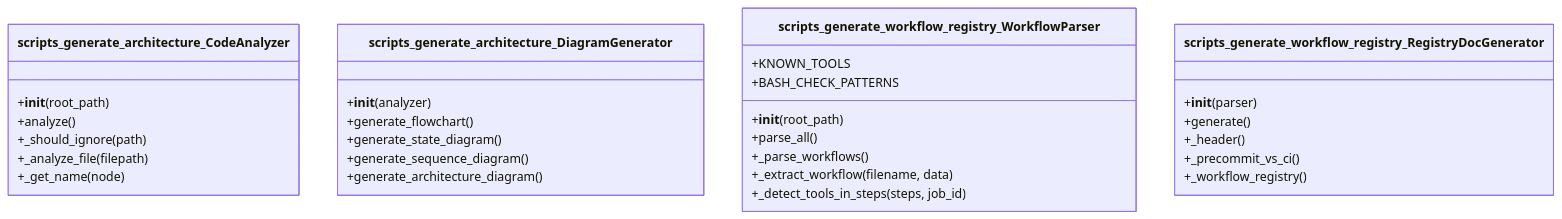
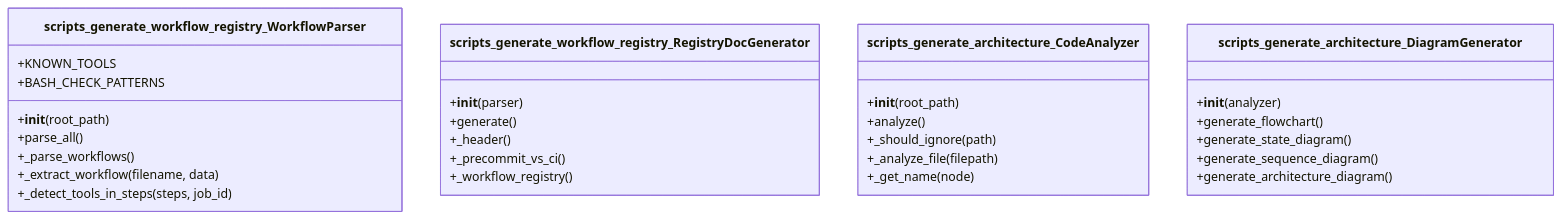
One commit to zepfu/repo-standards changed the fourth of 8 diagrams in docs/auto/ARCHITECTURE_AUTO.md. Above: the diagram before and after it, drawn with Mermaid. The commit also changed other lines of this file, not shown here.

Commit message:
docs: auto-update architecture documentation [skip ci]

````diff
--- a/docs/auto/ARCHITECTURE_AUTO.md
+++ b/docs/auto/ARCHITECTURE_AUTO.md
@@ -68,33 +66,33 @@
 ```mermaid
 classDiagram
-    class scripts_generate_architecture_CodeAnalyzer {
-        +__init__(root_path)
-        +analyze()
-        +_should_ignore(path)
-        +_analyze_file(filepath)
-        +_get_name(node)
-    }
-    class scripts_generate_architecture_DiagramGenerator {
-        +__init__(analyzer)
-        +generate_flowchart()
-        +generate_state_diagram()
-        +generate_sequence_diagram()
-        +generate_architecture_diagram()
-    }
     class scripts_generate_workflow_registry_WorkflowParser {
         +KNOWN_TOOLS
         +BASH_CHECK_PATTERNS
         +__init__(root_path)
         +parse_all()
         +_parse_workflows()
         +_extract_workflow(filename, data)
         +_detect_tools_in_steps(steps, job_id)
     }
     class scripts_generate_workflow_registry_RegistryDocGenerator {
         +__init__(parser)
         +generate()
         +_header()
         +_precommit_vs_ci()
         +_workflow_registry()
     }
+    class scripts_generate_architecture_CodeAnalyzer {
+        +__init__(root_path)
+        +analyze()
+        +_should_ignore(path)
+        +_analyze_file(filepath)
+        +_get_name(node)
+    }
+    class scripts_generate_architecture_DiagramGenerator {
+        +__init__(analyzer)
+        +generate_flowchart()
+        +generate_state_diagram()
+        +generate_sequence_diagram()
+        +generate_architecture_diagram()
+    }
 ```
````
